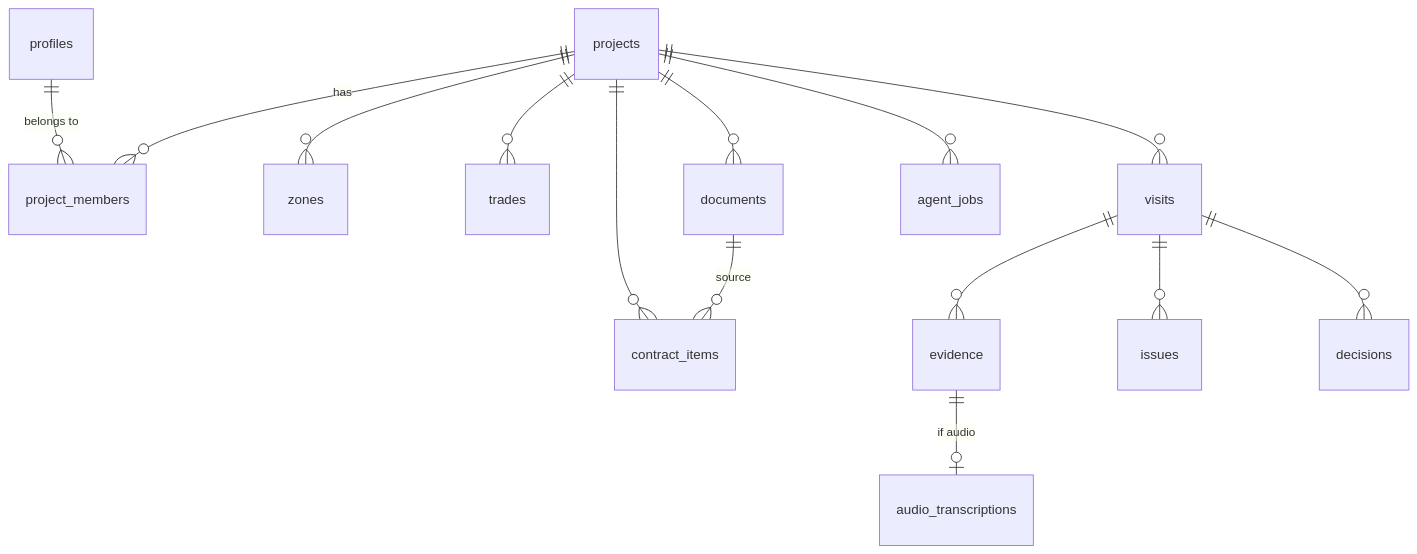
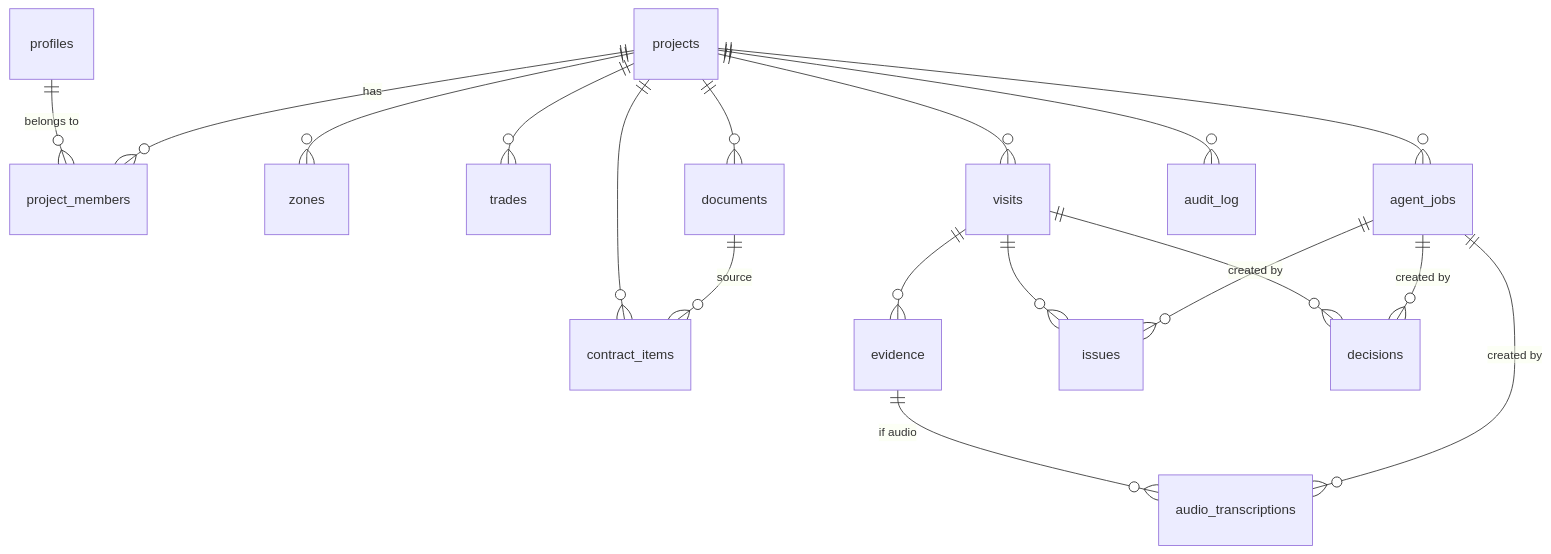
Before and after one commit to SergiAOVE/reforma-agent: the diagram in docs/en/02-data-model.md, drawn with Mermaid. The commit also changed other lines of this file and 20 other files, not shown here.

````diff
--- a/docs/en/02-data-model.md
+++ b/docs/en/02-data-model.md
@@ -39,16 +48,20 @@
 ```mermaid
 erDiagram
     profiles ||--o{ project_members : "belongs to"
     projects ||--o{ project_members : "has"
     projects ||--o{ zones : ""
     projects ||--o{ trades : ""
     projects ||--o{ visits : ""
     projects ||--o{ documents : ""
     projects ||--o{ contract_items : ""
     projects ||--o{ agent_jobs : ""
+    projects ||--o{ audit_log : ""
     visits ||--o{ evidence : ""
-    evidence ||--o| audio_transcriptions : "if audio"
+    evidence ||--o{ audio_transcriptions : "if audio"
     visits ||--o{ issues : ""
     visits ||--o{ decisions : ""
     documents ||--o{ contract_items : "source"
+    agent_jobs ||--o{ audio_transcriptions : "created by"
+    agent_jobs ||--o{ issues : "created by"
+    agent_jobs ||--o{ decisions : "created by"
 ```
````
